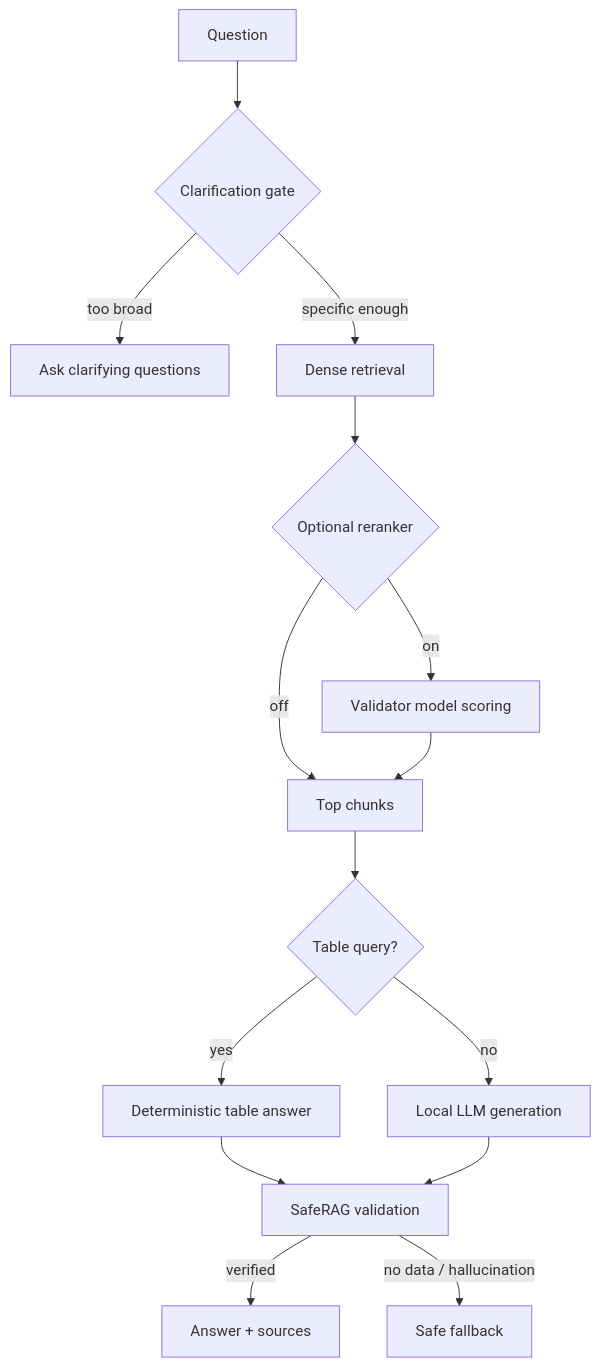
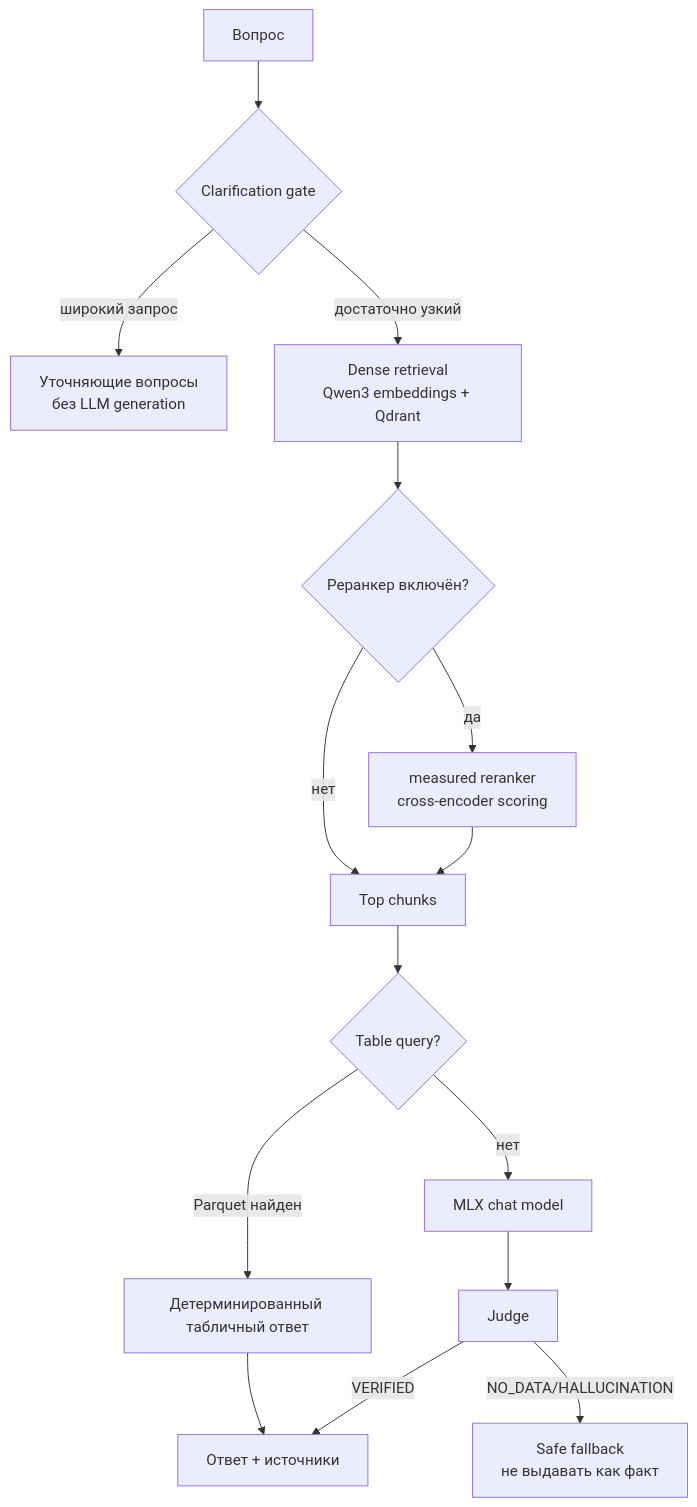
The second of 3 diagrams in README.md (proovcme/les_rag_public), drawn with Mermaid before and after one commit. The commit also changed other lines of this file and 167 other files, not shown here.

````diff
--- a/README.md
+++ b/README.md
@@ -81,17 +55,17 @@
 ```mermaid
 flowchart TD
-    Q[Question] --> Gate{Clarification gate}
-    Gate -->|too broad| Ask[Ask clarifying questions]
-    Gate -->|specific enough| Ret[Dense retrieval]
-    Ret --> Rerank{Optional reranker}
-    Rerank -->|on| RR[Validator model scoring]
-    Rerank -->|off| Ctx[Top chunks]
+    Q[Вопрос] --> C{Clarification gate}
+    C -->|широкий запрос| Ask[Уточняющие вопросы<br/>без LLM generation]
+    C -->|достаточно узкий| Ret[Dense retrieval<br/>Qwen3 embeddings + Qdrant]
+    Ret --> Rerank{Реранкер включён?}
+    Rerank -->|да| RR[measured reranker<br/>cross-encoder scoring]
+    Rerank -->|нет| Ctx[Top chunks]
     RR --> Ctx
     Ctx --> Table{Table query?}
-    Table -->|yes| Exact[Deterministic table answer]
-    Table -->|no| Gen[Local LLM generation]
-    Exact --> Judge[SafeRAG validation]
+    Table -->|Parquet найден| Exact[Детерминированный табличный ответ]
+    Table -->|нет| Gen[MLX chat model]
+    Exact --> Answer
     Gen --> Judge
-    Judge -->|verified| Answer[Answer + sources]
-    Judge -->|no data / hallucination| Safe[Safe fallback]
+    Judge -->|VERIFIED| Answer[Ответ + источники]
+    Judge -->|NO_DATA/HALLUCINATION| Safe[Safe fallback<br/>не выдавать как факт]
 ```
````
